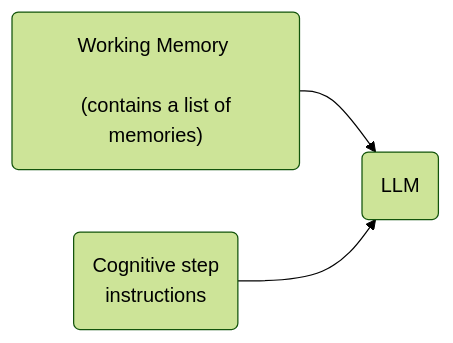
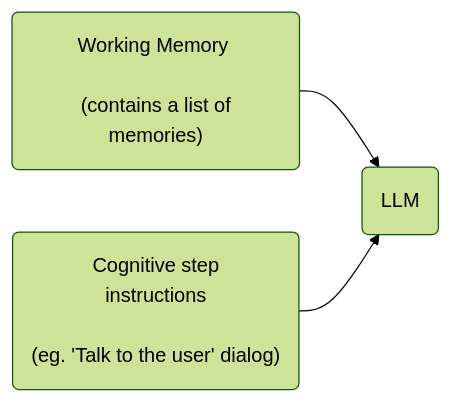
The second of 3 diagrams in docs/pages/getting-started/run-example-soul.mdx (opensouls/community), drawn with Mermaid (forest theme) before and after one commit. The commit also changed other lines of this file, not shown here.

````diff
--- a/docs/pages/getting-started/run-example-soul.mdx
+++ b/docs/pages/getting-started/run-example-soul.mdx
@@ -116,10 +125,10 @@
 ```mermaid
 flowchart LR
 
 workingMemory("Working Memory \n\n (contains a list of memories)")
-cognitiveStep("Cognitive step \n instructions")
+cognitiveStep("Cognitive step \n instructions \n\n (eg. 'Talk to the user' dialog)")
 llm("LLM")
 
 workingMemory --> llm
 cognitiveStep --> llm
 ```
````
